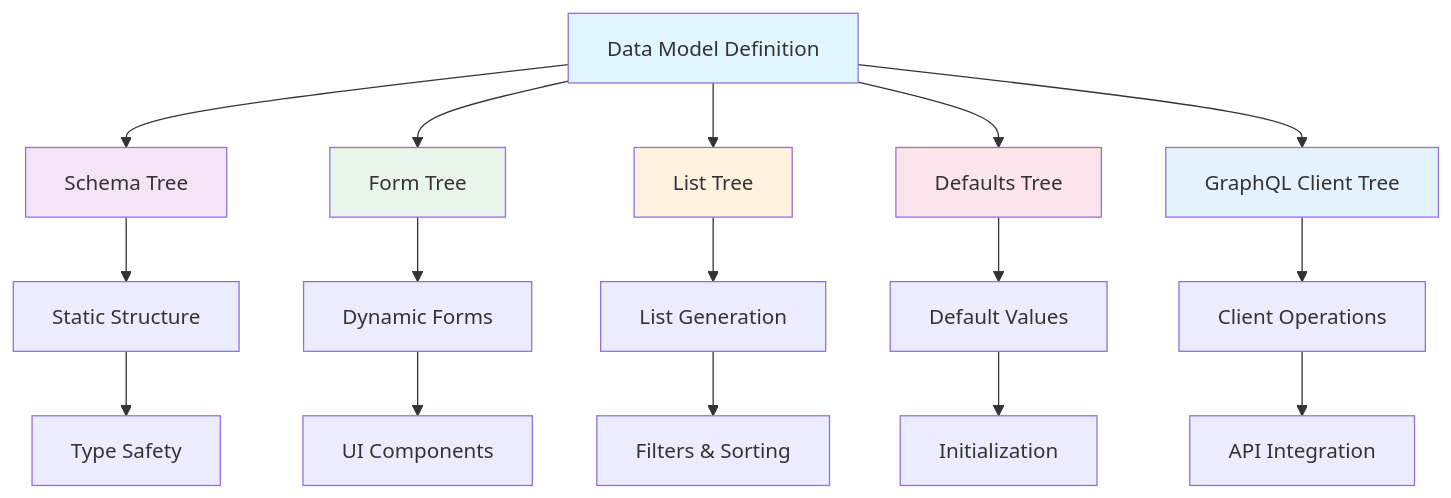
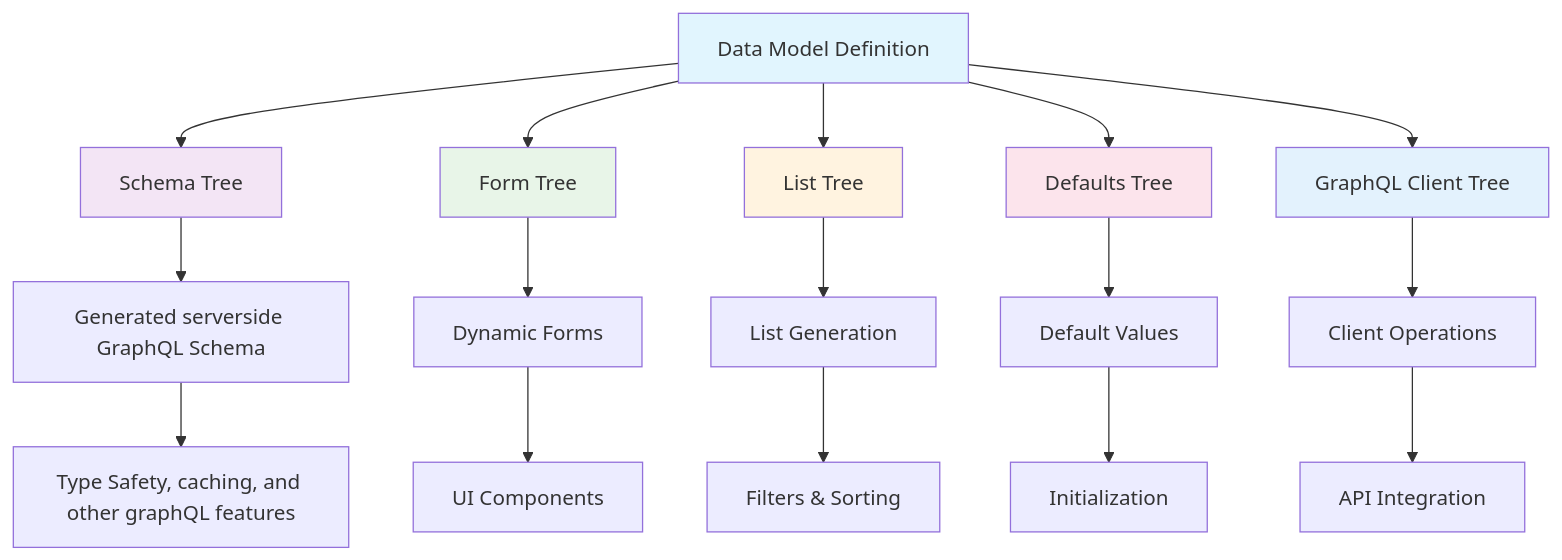
One commit to IEA-Paris/trees changed the first of 6 diagrams in DOCUMENTATION.md. Above: the diagram before and after it, drawn with Mermaid. The commit also changed other lines of this file, not shown here.

````diff
--- a/DOCUMENTATION.md
+++ b/DOCUMENTATION.md
@@ -11,27 +13,27 @@
 ```mermaid
 graph TD
     A[Data Model Definition] --> B[Schema Tree]
     A --> C[Form Tree]
     A --> D[List Tree]
     A --> E[Defaults Tree]
     A --> F[GraphQL Client Tree]
     
-    B --> G[Static Structure]
+    B --> G[Generated serverside GraphQL Schema]
     C --> H[Dynamic Forms]
     D --> I[List Generation]
     E --> J[Default Values]
     F --> K[Client Operations]
     
-    G --> L[Type Safety]
+    G --> L[Type Safety, caching, and other graphQL features]
     H --> M[UI Components]
     I --> N[Filters & Sorting]
     J --> O[Initialization]
     K --> P[API Integration]
     
     style A fill:#e1f5fe
     style B fill:#f3e5f5
     style C fill:#e8f5e8
     style D fill:#fff3e0
     style E fill:#fce4ec
     style F fill:#e3f2fd
 ```
````
